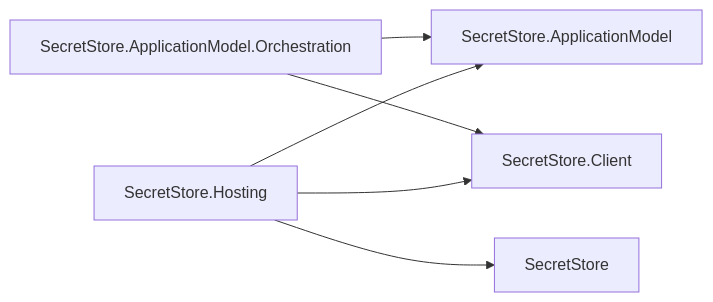
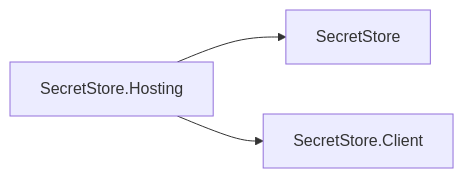
Diagram 26 of 27 in docs/DEPENDENCIES.md (assimalign/cohesion), drawn with Mermaid before and after one commit. The commit also changed other lines of this file and 441 other files, not shown here.

````diff
--- a/docs/DEPENDENCIES.md
+++ b/docs/DEPENDENCIES.md
@@ -941,13 +909,8 @@
 ```mermaid
 flowchart LR
     N0["SecretStore"]
-    N1["SecretStore.ApplicationModel"]
-    N2["SecretStore.ApplicationModel.Orchestration"]
-    N3["SecretStore.Client"]
-    N4["SecretStore.Hosting"]
+    N1["SecretStore.Client"]
+    N2["SecretStore.Hosting"]
+    N2 --> N0
     N2 --> N1
-    N2 --> N3
-    N4 --> N0
-    N4 --> N1
-    N4 --> N3
 ```
````
